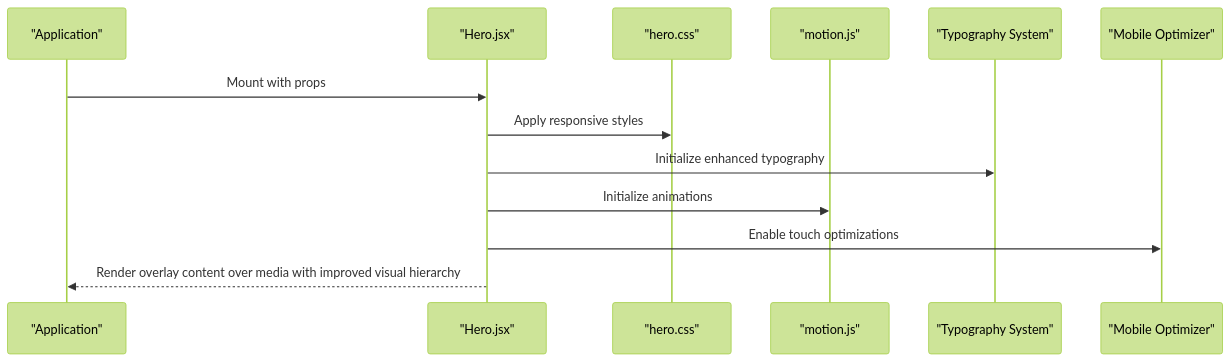
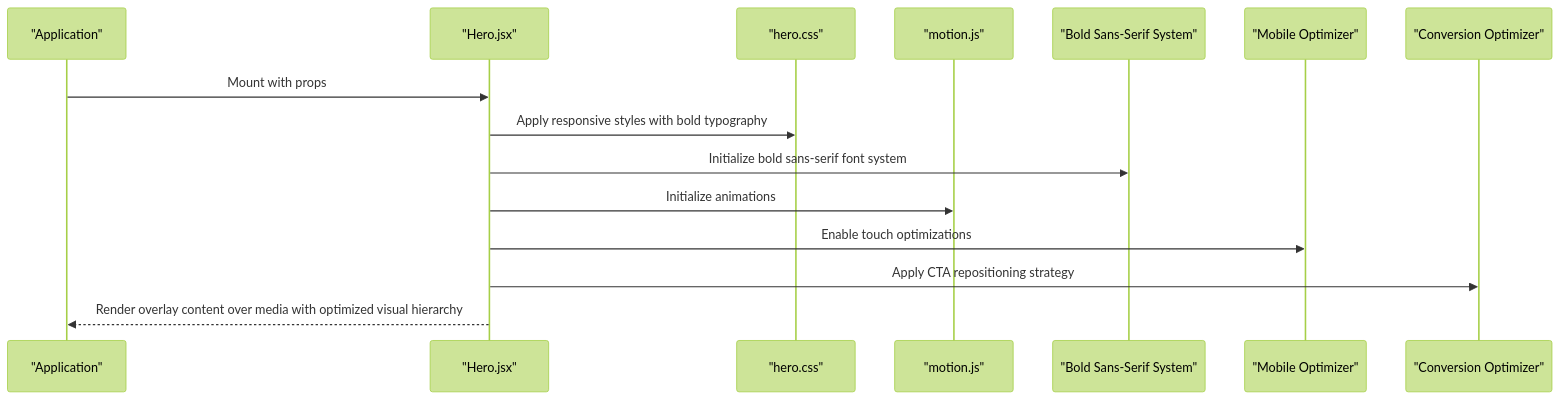
The third of 6 diagrams in .qoder/repowiki/en/content/Component Architecture/Landing Page Components/Hero Sections.md (Theja4/podiummomentum), drawn with Mermaid (forest theme) before and after one commit. The commit also changed other lines of this file and 22 other files, not shown here.

````diff
--- a/.qoder/repowiki/en/content/Component Architecture/Landing Page Components/Hero Sections.md
+++ b/.qoder/repowiki/en/content/Component Architecture/Landing Page Components/Hero Sections.md
@@ -199,15 +206,17 @@
 ```mermaid
 sequenceDiagram
 participant App as "Application"
 participant Hero as "Hero.jsx"
 participant Styles as "hero.css"
 participant Motion as "motion.js"
-participant Typography as "Typography System"
+participant Typography as "Bold Sans-Serif System"
 participant Mobile as "Mobile Optimizer"
+participant Conversion as "Conversion Optimizer"
 App->>Hero : Mount with props
-Hero->>Styles : Apply responsive styles
-Hero->>Typography : Initialize enhanced typography
+Hero->>Styles : Apply responsive styles with bold typography
+Hero->>Typography : Initialize bold sans-serif font system
 Hero->>Motion : Initialize animations
 Hero->>Mobile : Enable touch optimizations
-Hero-->>App : Render overlay content over media with improved visual hierarchy
+Hero->>Conversion : Apply CTA repositioning strategy
+Hero-->>App : Render overlay content over media with optimized visual hierarchy
 ```
````
